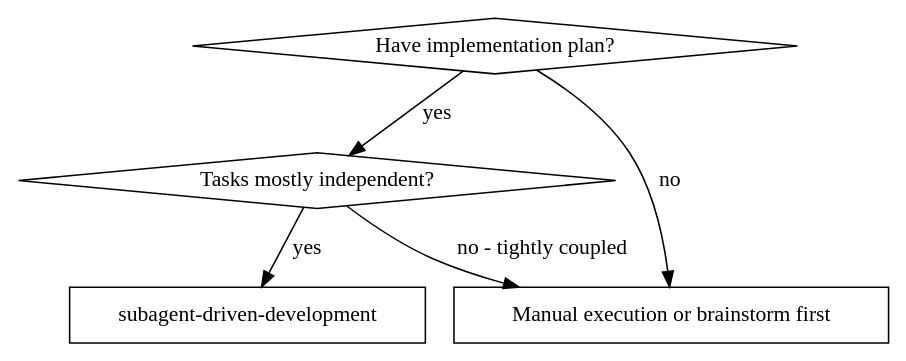
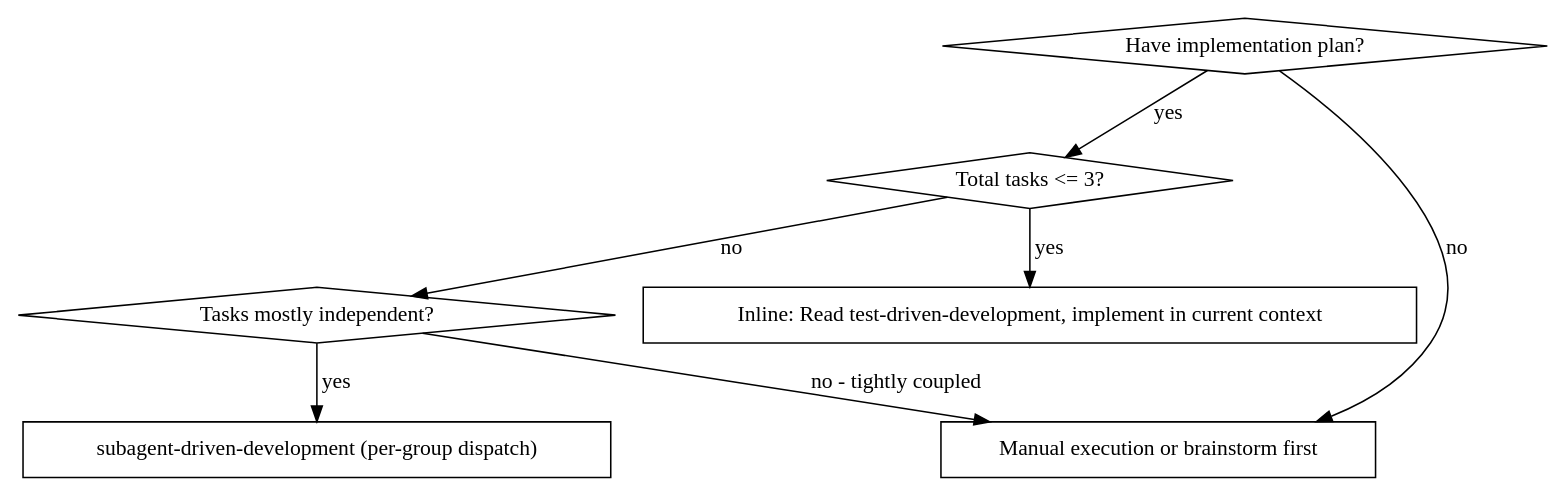
The first of 2 diagrams in skills/subagent-driven-development/SKILL.md (wonjinsin/harness-flow), drawn with Graphviz before and after one commit. The commit also changed other lines of this file and 10 other files, not shown here.

First line of the commit message:
feat(sdd): coarsen dispatch to Task Groups with inline path + model tiering

````diff
--- a/skills/subagent-driven-development/SKILL.md
+++ b/skills/subagent-driven-development/SKILL.md
@@ -21,13 +21,17 @@
 ```dot
 digraph when_to_use {
     "Have implementation plan?" [shape=diamond];
+    "Total tasks <= 3?" [shape=diamond];
     "Tasks mostly independent?" [shape=diamond];
-    "subagent-driven-development" [shape=box];
+    "Inline: Read test-driven-development, implement in current context" [shape=box];
+    "subagent-driven-development (per-group dispatch)" [shape=box];
     "Manual execution or brainstorm first" [shape=box];
 
-    "Have implementation plan?" -> "Tasks mostly independent?" [label="yes"];
+    "Have implementation plan?" -> "Total tasks <= 3?" [label="yes"];
     "Have implementation plan?" -> "Manual execution or brainstorm first" [label="no"];
-    "Tasks mostly independent?" -> "subagent-driven-development" [label="yes"];
+    "Total tasks <= 3?" -> "Inline: Read test-driven-development, implement in current context" [label="yes"];
+    "Total tasks <= 3?" -> "Tasks mostly independent?" [label="no"];
+    "Tasks mostly independent?" -> "subagent-driven-development (per-group dispatch)" [label="yes"];
     "Tasks mostly independent?" -> "Manual execution or brainstorm first" [label="no - tightly coupled"];
 }
 ```
````
